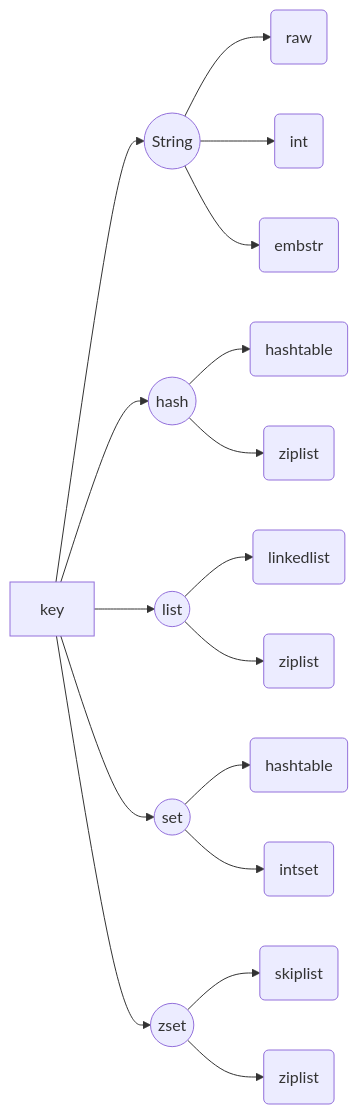
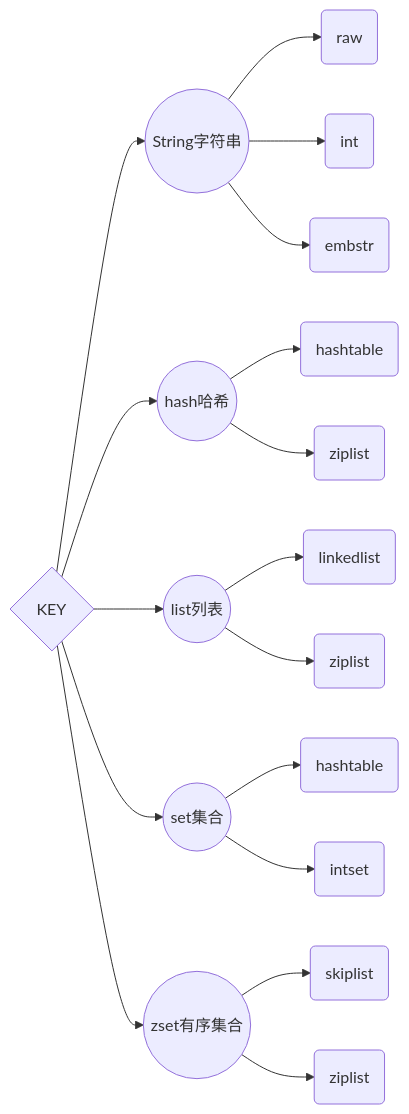
Before and after one commit to xiaoliuxuesheng/singular: the first of 2 diagrams in class03_数据库/part03_redis/Redis.md, drawn with Mermaid. The commit also changed other lines of this file, not shown here.

````diff
--- a/class03_数据库/part03_redis/Redis.md
+++ b/class03_数据库/part03_redis/Redis.md
@@ -142,19 +167,19 @@
-  ```mermaid
-  graph LR
-  Root[key] --> A((String))
-  A --> A1(raw)
-  A --> A2(int)
-  A --> A3(embstr)
-  Root --> B((hash))
-  B --> B1(hashtable)
-  B --> B2(ziplist)
-  Root --> C((list))
-  C --> C1(linkedlist)
-  C --> C2(ziplist)
-  Root --> D((set))
-  D --> D1(hashtable)
-  D --> D2(intset)
-  Root --> E((zset))
-  E --> E1(skiplist)
-  E --> E2(ziplist)
-  ```
+```mermaid
+ graph LR
+ Root{KEY} --> A((String字符串))
+ A --> A1(raw)
+ A --> A2(int)
+ A --> A3(embstr)
+ Root --> B((hash哈希))
+ B --> B1(hashtable)
+ B --> B2(ziplist)
+ Root --> C((list列表))
+ C --> C1(linkedlist)
+ C --> C2(ziplist)
+ Root --> D((set集合))
+ D --> D1(hashtable)
+ D --> D2(intset)
+ Root --> E((zset有序集合))
+ E --> E1(skiplist)
+ E --> E2(ziplist)
+```
````
